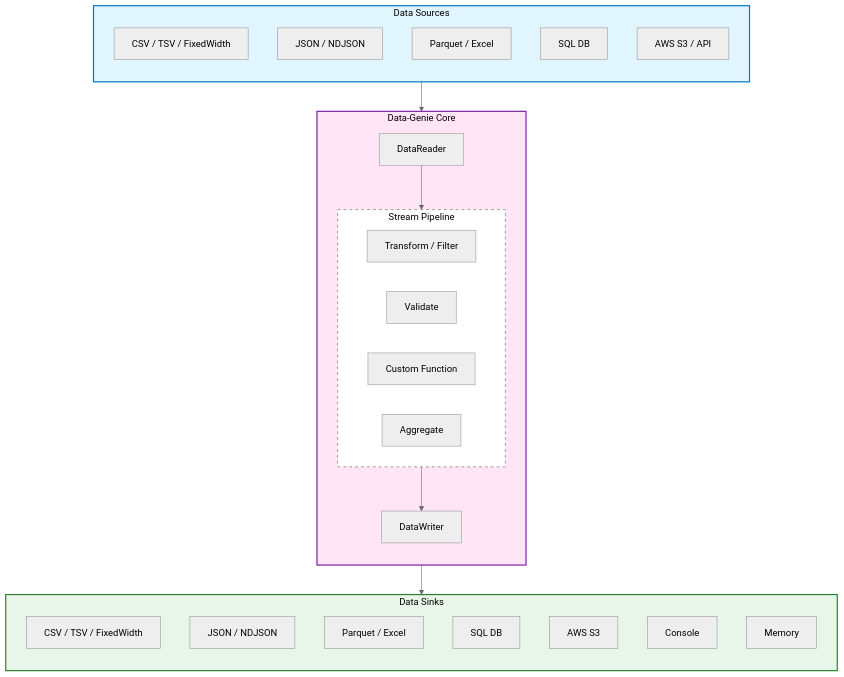
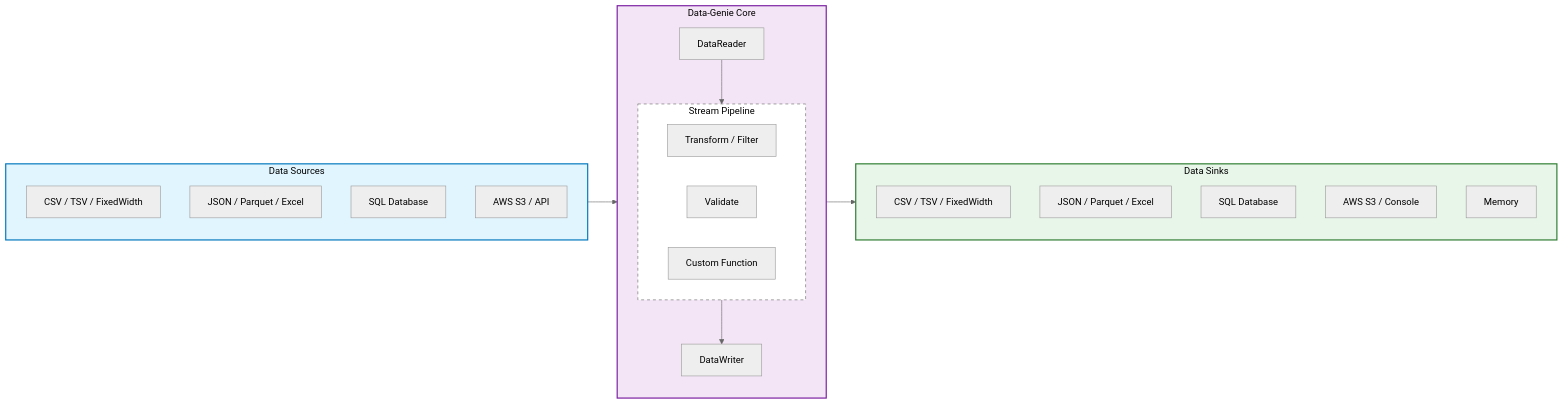
The diagram in README.md (pujansrt/data-genie), drawn with Mermaid (neutral theme) before and after one commit. The commit also changed other lines of this file and 1 other file, not shown here.

````diff
--- a/README.md
+++ b/README.md
@@ -13,45 +62,40 @@
 ```mermaid
-graph TD
+graph LR
     subgraph Sources [Data Sources]
         direction TB
         S1[CSV / TSV / FixedWidth]
-        S2[JSON / NDJSON]
-        S3[Parquet / Excel]
-        S4[SQL DB]
-        S5[AWS S3 / API]
+        S2[JSON / Parquet / Excel]
+        S3[SQL Database]
+        S4[AWS S3 / API]
     end
 
     subgraph Engine [Data-Genie Core]
         direction TB
         R[DataReader]
         subgraph Pipeline [Stream Pipeline]
             T[Transform / Filter]
             V[Validate]
             C[Custom Function]
-            A[Aggregate]
         end
         W[DataWriter]
     end
 
     subgraph Sinks [Data Sinks]
         direction TB
         D1[CSV / TSV / FixedWidth]
-        D2[JSON / NDJSON]
-        D3[Parquet / Excel]
-        D4[SQL DB]
-        D5[AWS S3]
-        D6[Console]
-        D7[Memory]
+        D2[JSON / Parquet / Excel]
+        D3[SQL Database]
+        D4[AWS S3 / Console]
+        D5[Memory]
     end
 
     Sources --> R
     R --> Pipeline
     Pipeline --> W
     W --> Sinks
 
-    style Engine fill:#ffe5f5,stroke:#7b1fa2,stroke-width:2px,color:#000
+    style Engine fill:#f3e5f5,stroke:#7b1fa2,stroke-width:2px,color:#000
     style Sources fill:#e1f5fe,stroke:#0277bd,stroke-width:2px,color:#000
     style Sinks fill:#e8f5e9,stroke:#2e7d32,stroke-width:2px,color:#000
     style Pipeline fill:#ffffff,stroke:#666,stroke-dasharray: 5 5,color:#000
-
 ```
````
